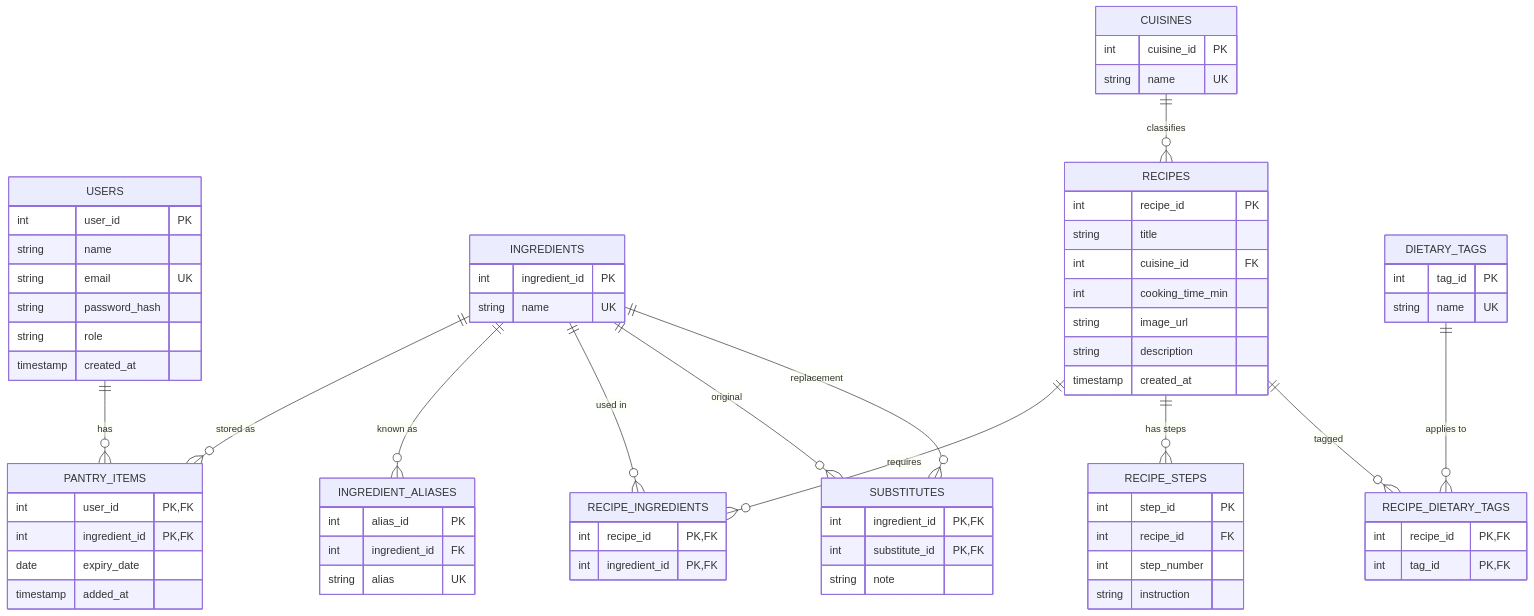
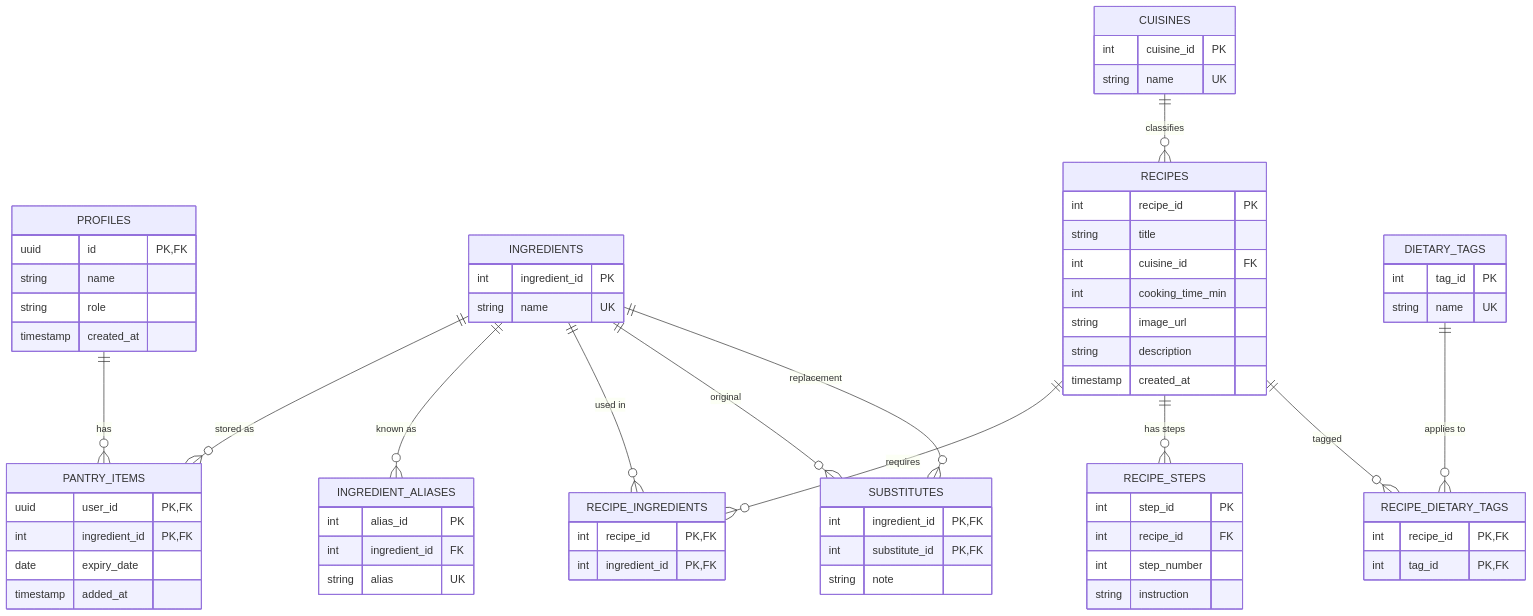
Before and after one commit to jannatwin/cookmatch-recipe-recommender: the third of 3 diagrams in cookmatch_architecture_and_database.md, drawn with Mermaid. The commit also changed other lines of this file and 59 other files, not shown here.

````diff
--- a/cookmatch_architecture_and_database.md
+++ b/cookmatch_architecture_and_database.md
@@ -210,74 +204,72 @@
 ```mermaid
 erDiagram
-    USERS ||--o{ PANTRY_ITEMS : has
+    PROFILES ||--o{ PANTRY_ITEMS : has
     INGREDIENTS ||--o{ PANTRY_ITEMS : "stored as"
     INGREDIENTS ||--o{ INGREDIENT_ALIASES : "known as"
     INGREDIENTS ||--o{ RECIPE_INGREDIENTS : "used in"
     RECIPES ||--o{ RECIPE_INGREDIENTS : requires
     RECIPES ||--o{ RECIPE_STEPS : "has steps"
     CUISINES ||--o{ RECIPES : classifies
     RECIPES ||--o{ RECIPE_DIETARY_TAGS : tagged
     DIETARY_TAGS ||--o{ RECIPE_DIETARY_TAGS : "applies to"
     INGREDIENTS ||--o{ SUBSTITUTES : "original"
     INGREDIENTS ||--o{ SUBSTITUTES : "replacement"
 
-    USERS {
-        int user_id PK
+    PROFILES {
+        uuid id PK, FK
         string name
-        string email UK
-        string password_hash
         string role
         timestamp created_at
     }
     INGREDIENTS {
         int ingredient_id PK
         string name UK
     }
     INGREDIENT_ALIASES {
         int alias_id PK
         int ingredient_id FK
         string alias UK
     }
     PANTRY_ITEMS {
-        int user_id PK, FK
+        uuid user_id PK, FK
         int ingredient_id PK, FK
         date expiry_date
         timestamp added_at
     }
     CUISINES {
         int cuisine_id PK
         string name UK
     }
     RECIPES {
         int recipe_id PK
         string title
         int cuisine_id FK
         int cooking_time_min
         string image_url
         string description
         timestamp created_at
     }
     RECIPE_INGREDIENTS {
         int recipe_id PK, FK
         int ingredient_id PK, FK
     }
     RECIPE_STEPS {
         int step_id PK
         int recipe_id FK
         int step_number
         string instruction
     }
     DIETARY_TAGS {
         int tag_id PK
         string name UK
     }
     RECIPE_DIETARY_TAGS {
         int recipe_id PK, FK
         int tag_id PK, FK
     }
     SUBSTITUTES {
         int ingredient_id PK, FK
         int substitute_id PK, FK
         string note
     }
 ```
````
